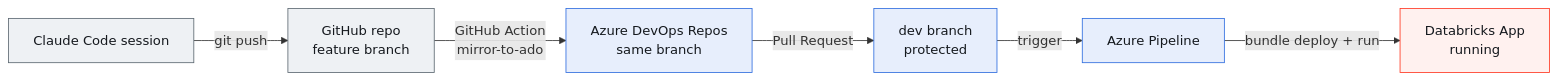
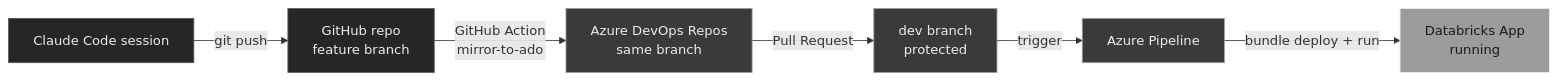
Before and after one commit to jpaladini/jpaladini: the fourth of 4 diagrams in src/content/blog/building-ado-companion.md, drawn with Mermaid. The commit also changed other lines of this file and 7 other files, not shown here.

First line of the commit message:
Fix diagram error, grey diagram palette, home diagram scroll, service dates

````diff
--- a/src/content/blog/building-ado-companion.md
+++ b/src/content/blog/building-ado-companion.md
@@ -268,15 +268,15 @@
 ```mermaid
 flowchart LR
   CC[Claude Code session] -->|git push| GH[GitHub repo<br/>feature branch]
   GH -->|GitHub Action<br/>mirror-to-ado| ADOR[Azure DevOps Repos<br/>same branch]
   ADOR -->|Pull Request| DEV[dev branch<br/>protected]
   DEV -->|trigger| PIPE[Azure Pipeline]
   PIPE -->|bundle deploy + run| APP[Databricks App<br/>running]
 
-  classDef gh fill:#EEF1F4,stroke:#5B6770,color:#15191E;
-  classDef ado fill:#E7EEFC,stroke:#2D6CDF,color:#15191E;
-  classDef dbx fill:#FFF1EF,stroke:#FF3621,color:#15191E;
+  classDef gh fill:#262626,stroke:#5a5a5a,color:#ececec;
+  classDef ado fill:#3a3a3a,stroke:#9b9b9b,color:#ececec;
+  classDef dbx fill:#9b9b9b,stroke:#ececec,color:#1a1a1a;
   class CC,GH gh;
   class ADOR,DEV,PIPE ado;
   class APP dbx;
 ```
````
